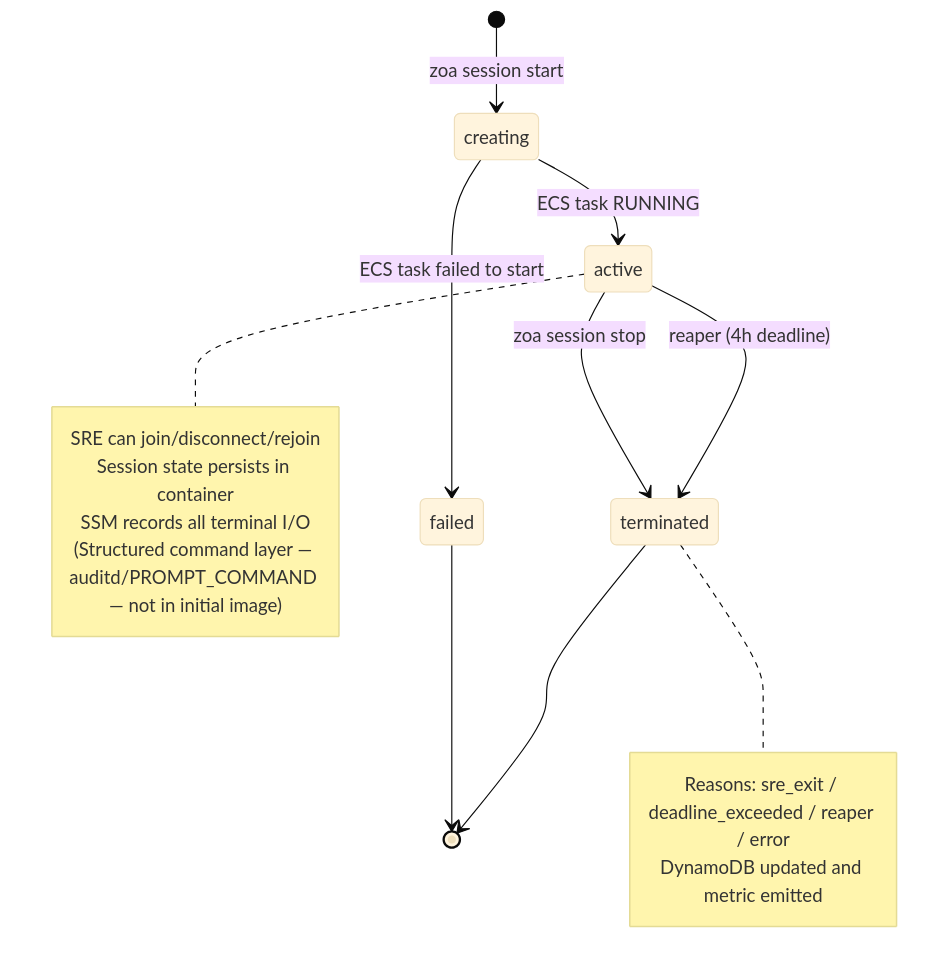
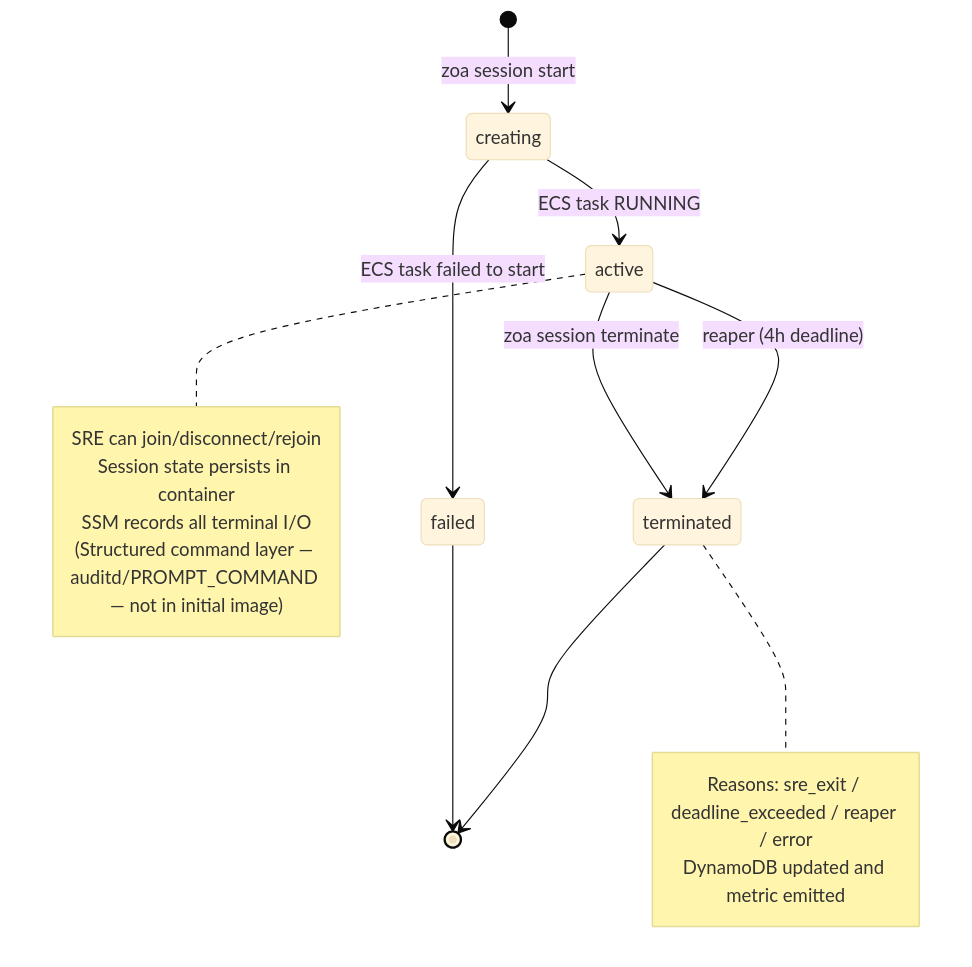
Before and after one commit to slopezz/rosa-hyperfleet-zoa: the fifth of 7 diagrams in docs/design/zoa-boundary-epic-plan.md, drawn with Mermaid (base theme). The commit also changed other lines of this file and 63 other files, not shown here.

First line of the commit message:
ROSAENG-68805 | feat(zoa): reason field, session terminate, and REASON columns

````diff
--- a/docs/design/zoa-boundary-epic-plan.md
+++ b/docs/design/zoa-boundary-epic-plan.md
@@ -205,23 +205,23 @@
 ```mermaid
 stateDiagram-v2
     [*] --> creating: zoa session start
     creating --> active: ECS task RUNNING
     creating --> failed: ECS task failed to start
 
-    active --> terminated: zoa session stop
+    active --> terminated: zoa session terminate
     active --> terminated: reaper (4h deadline)
 
     failed --> [*]
     terminated --> [*]
 
     note right of active
         SRE can join/disconnect/rejoin
         Session state persists in container
         SSM records all terminal I/O
         (Structured command layer — auditd/PROMPT_COMMAND — not in initial image)
     end note
     note right of terminated
         Reasons: sre_exit / deadline_exceeded / reaper / error
         DynamoDB updated and metric emitted
     end note
 ```
````
